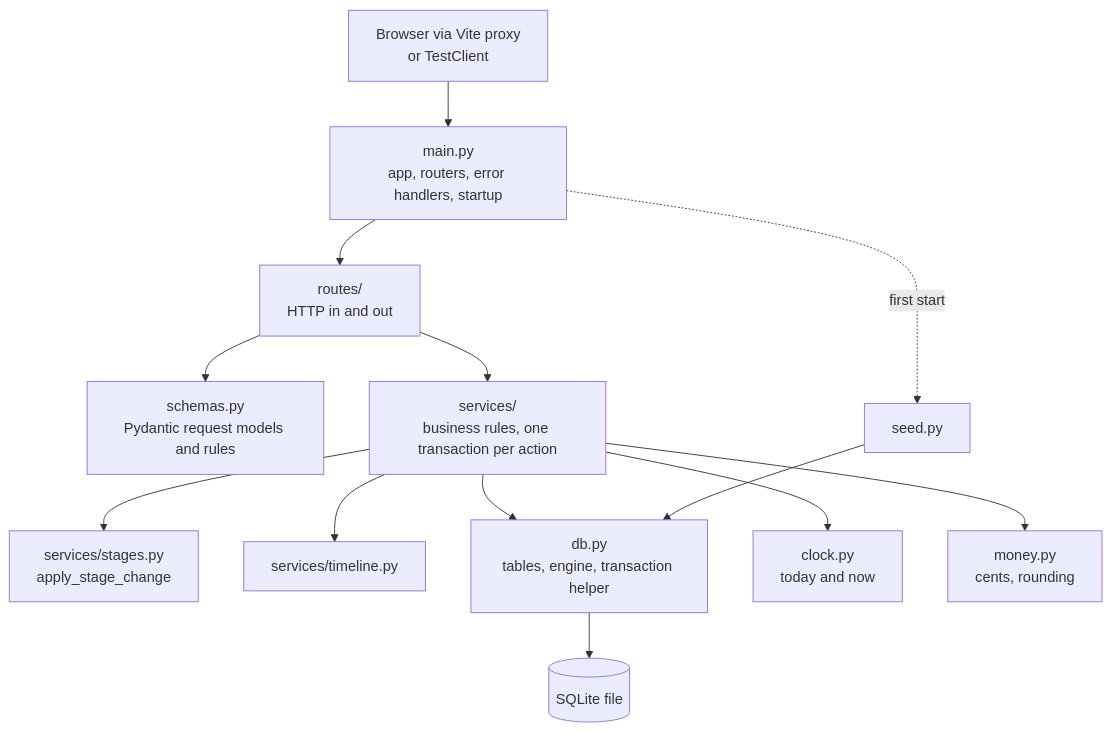
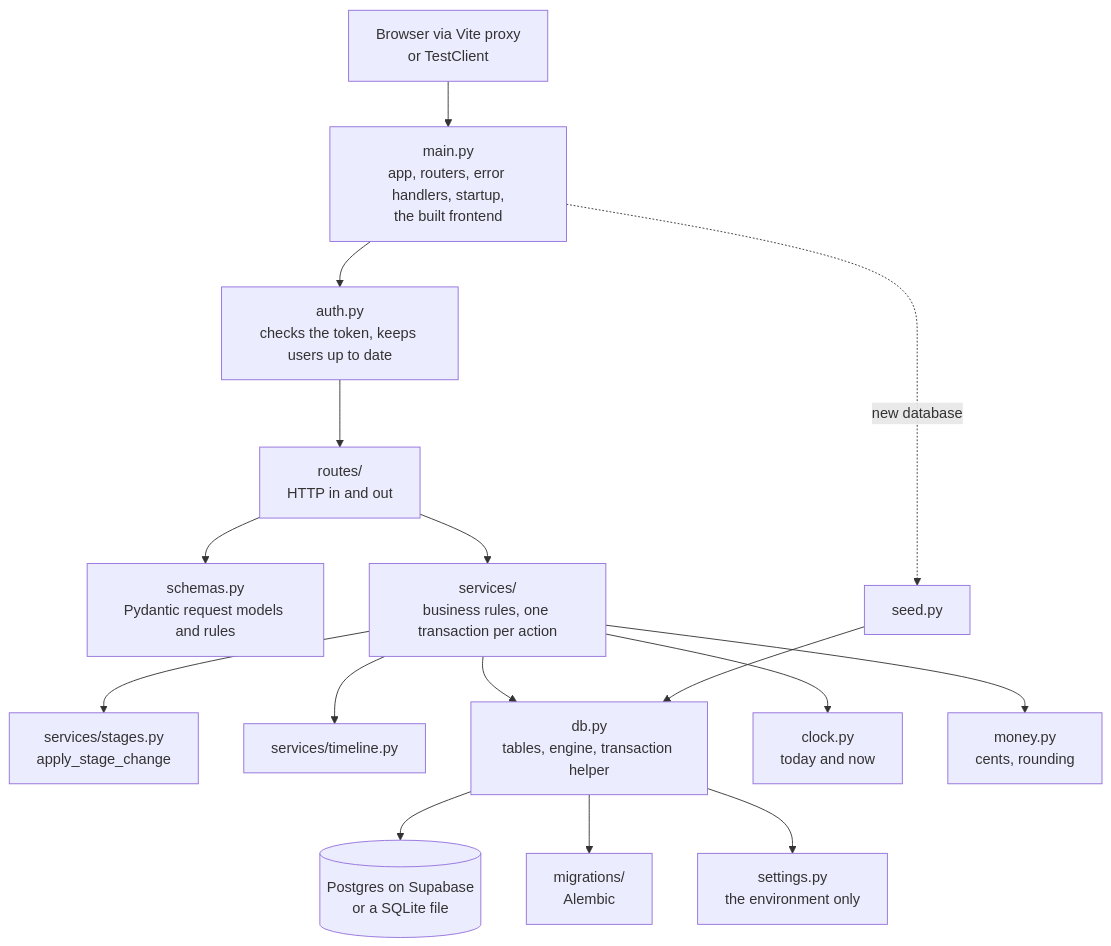
Before and after one commit to deltarem/accountable: the first of 3 diagrams in docs/backend-architecture.md, drawn with Mermaid. The commit also changed other lines of this file and 173 other files, not shown here.

````diff
--- a/docs/backend-architecture.md
+++ b/docs/backend-architecture.md
@@ -15,15 +15,18 @@
 ```mermaid
 flowchart TD
-    C[Browser via Vite proxy<br/>or TestClient] --> M[main.py<br/>app, routers, error handlers, startup]
-    M --> R[routes/<br/>HTTP in and out]
+    C[Browser via Vite proxy<br/>or TestClient] --> M[main.py<br/>app, routers, error handlers, startup,<br/>the built frontend]
+    M --> A[auth.py<br/>checks the token, keeps users up to date]
+    A --> R[routes/<br/>HTTP in and out]
     R --> SC[schemas.py<br/>Pydantic request models and rules]
     R --> S[services/<br/>business rules, one transaction per action]
     S --> ST[services/stages.py<br/>apply_stage_change]
     S --> TL[services/timeline.py]
     S --> D[db.py<br/>tables, engine, transaction helper]
     S --> CK[clock.py<br/>today and now]
     S --> MO[money.py<br/>cents, rounding]
-    D --> F[(SQLite file)]
+    D --> F[(Postgres on Supabase<br/>or a SQLite file)]
+    D --> MG[migrations/<br/>Alembic]
+    D --> CF[settings.py<br/>the environment only]
     SE[seed.py] --> D
-    M -. first start .-> SE
+    M -. new database .-> SE
 ```
````
